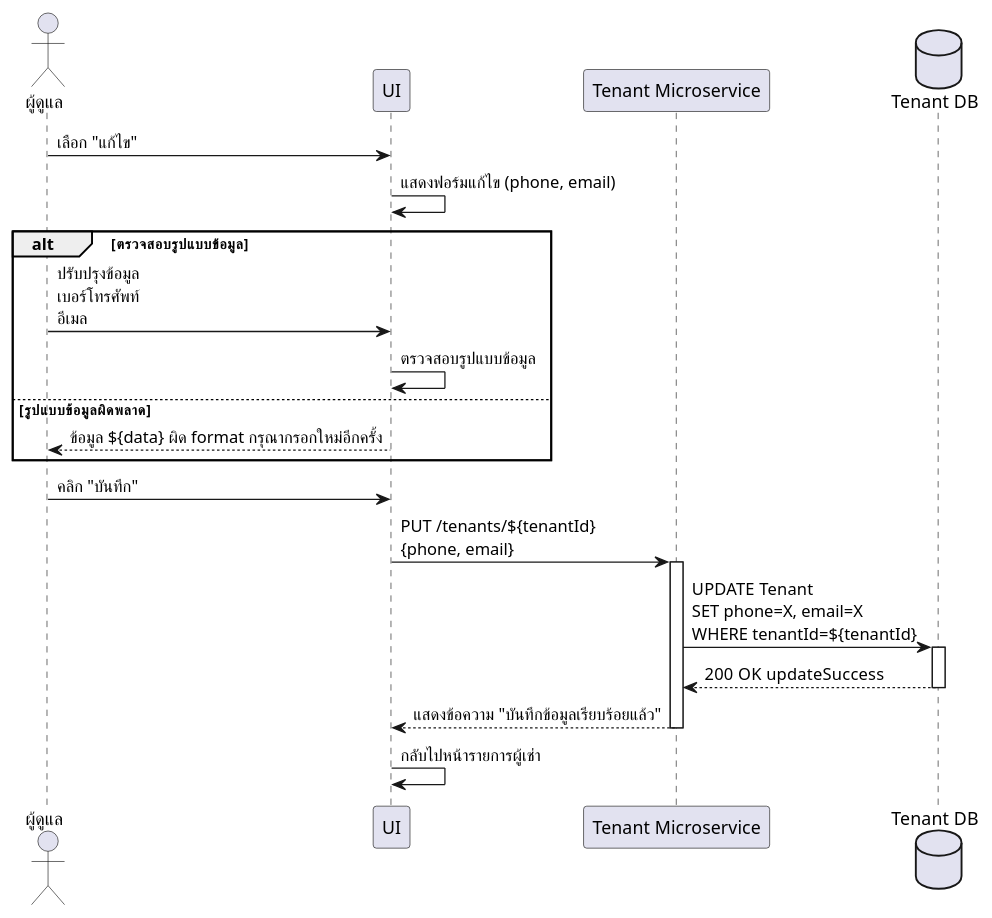
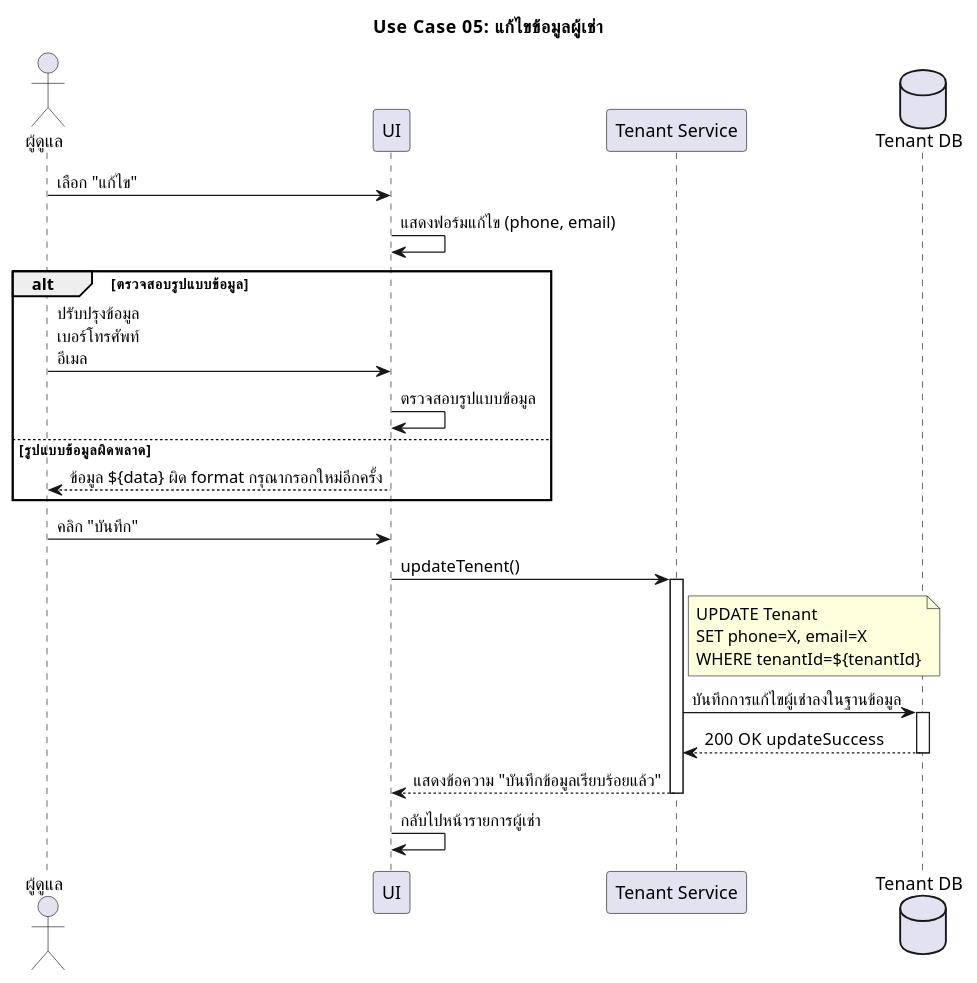
Before and after one commit to warinyang/UML-monthly-room-rent: the diagram in usecase05_edit_tenent.plantuml, drawn with PlantUML. The commit also changed 15 other files, not shown here.

```diff
--- a/usecase05_edit_tenent.plantuml
+++ b/usecase05_edit_tenent.plantuml
@@ -1,30 +1,36 @@
 @startuml
 skinparam defaultFontName "TH Sarabun New"
-
+title Use Case 05: แก้ไขข้อมูลผู้เช่า
 actor "ผู้ดูแล" as Admin
 participant "UI" as UI
-participant "Tenant Microservice" as MS
+participant "Tenant Service" as MS
 database "Tenant DB" as DB
 
 Admin -> UI    : เลือก "แก้ไข"
 UI -> UI       : แสดงฟอร์มแก้ไข (phone, email)
 
 alt ตรวจสอบรูปแบบข้อมูล
     Admin -> UI    : ปรับปรุงข้อมูล\nเบอร์โทรศัพท์\nอีเมล
     UI -> UI       : ตรวจสอบรูปแบบข้อมูล
 else รูปแบบข้อมูลผิดพลาด
     UI --> Admin: ข้อมูล ${data} ผิด format กรุณากรอกใหม่อีกครั้ง
 end
 
 Admin -> UI        : คลิก "บันทึก"
-UI -> MS           : PUT /tenants/${tenantId}\n{phone, email}
+
+UI -> MS           : updateTenent()
 activate MS
-MS -> DB           : UPDATE Tenant\nSET phone=X, email=X\nWHERE tenantId=${tenantId}
+note right of MS
+UPDATE Tenant 
+SET phone=X, email=X
+WHERE tenantId=${tenantId}
+end note
+MS -> DB           : บันทึกการแก้ไขผู้เช่าลงในฐานข้อมูล
 activate DB
 DB --> MS          : 200 OK  updateSuccess
 deactivate DB
 MS --> UI          : แสดงข้อความ "บันทึกข้อมูลเรียบร้อยแล้ว"
 deactivate MS
 UI -> UI           : กลับไปหน้ารายการผู้เช่า
 
 @enduml
```
